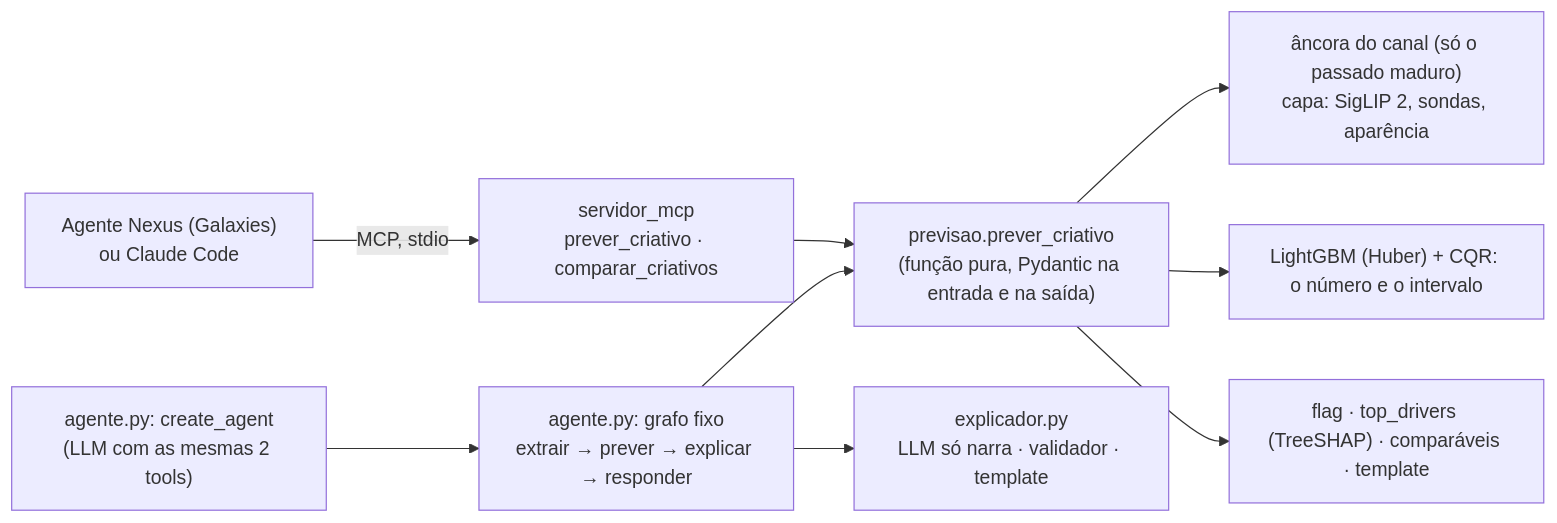
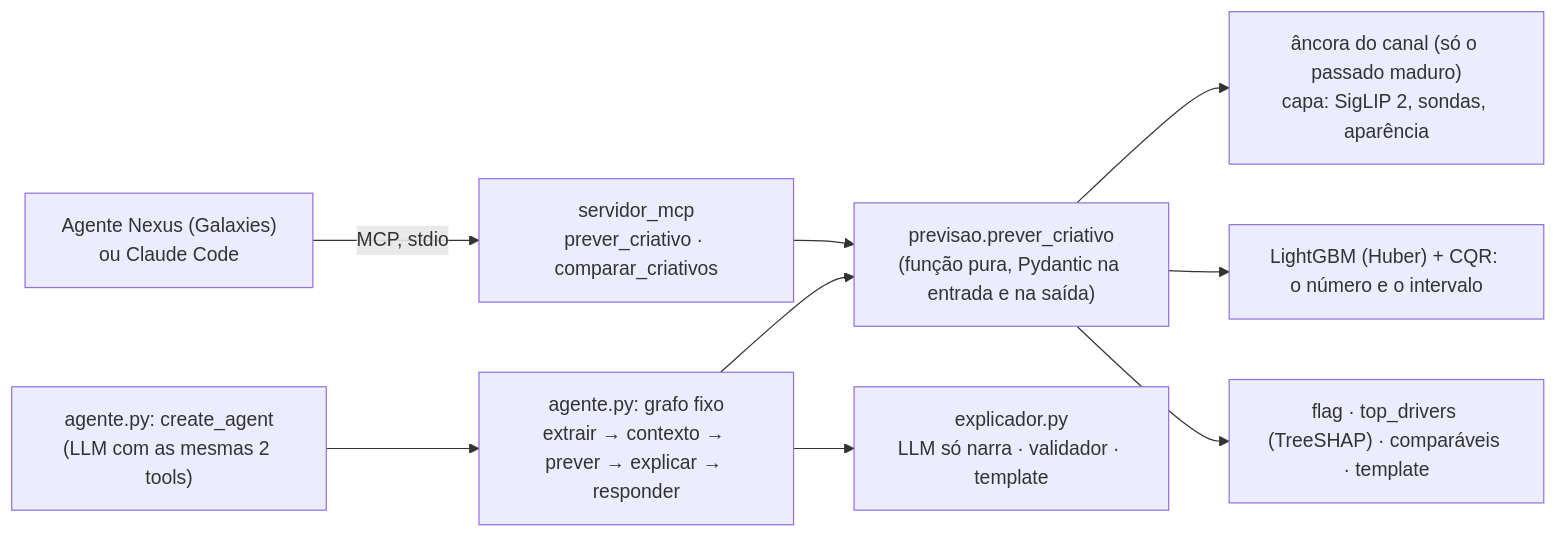
The diagram in README.md (viniciuscastiglia/case-galaxies), drawn with Mermaid before and after one commit. The commit also changed other lines of this file and 5 other files, not shown here.

First line of the commit message:
feat(agente): full A6 graph, extrair -> contexto -> prever -> explicar -> responder, each node calling the same step function prever_criativo runs (aula 6.2)

````diff
--- a/README.md
+++ b/README.md
@@ -66,11 +66,11 @@
 ```mermaid
 flowchart LR
     C["Agente Nexus (Galaxies)<br/>ou Claude Code"] -->|MCP, stdio| S["servidor_mcp<br/>prever_criativo · comparar_criativos"]
-    L["agente.py: create_agent<br/>(LLM com as mesmas 2 tools)"] --> GR["agente.py: grafo fixo<br/>extrair → prever → explicar → responder"]
+    L["agente.py: create_agent<br/>(LLM com as mesmas 2 tools)"] --> GR["agente.py: grafo fixo<br/>extrair → contexto → prever → explicar → responder"]
     S --> F["previsao.prever_criativo<br/>(função pura, Pydantic na entrada e na saída)"]
     GR --> F
     GR --> E["explicador.py<br/>LLM só narra · validador · template"]
     F --> K["âncora do canal (só o passado maduro)<br/>capa: SigLIP 2, sondas, aparência"]
     F --> M["LightGBM (Huber) + CQR: o número e o intervalo"]
     F --> X["flag · top_drivers (TreeSHAP) · comparáveis · template"]
 ```
````
